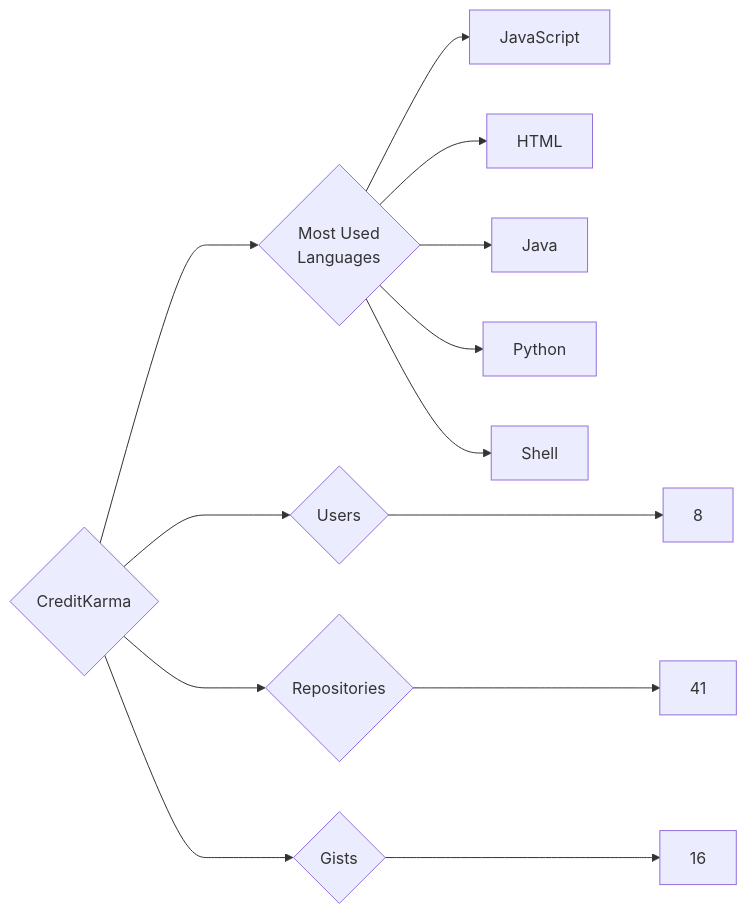
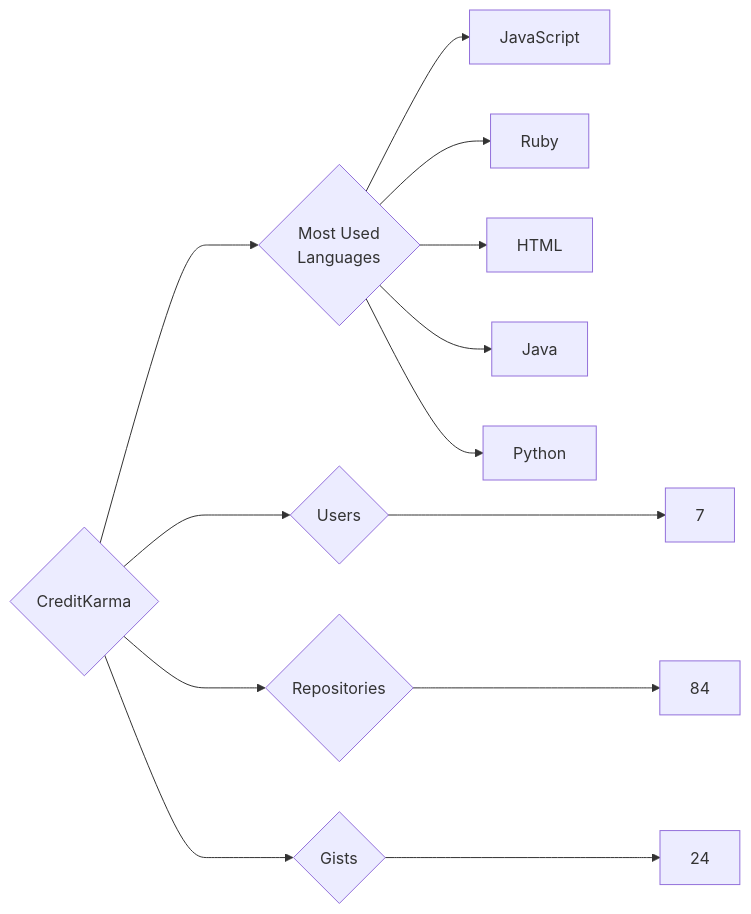
Before and after one commit to trickest/insiders: the diagram in targets/CreditKarma/README.md, drawn with Mermaid. The commit also changed 933 other files, not shown here.

````diff
--- a/targets/CreditKarma/README.md
+++ b/targets/CreditKarma/README.md
@@ -3,13 +3,13 @@
 ```mermaid
 graph LR
 COMPANY_NAME{CreditKarma}
-COMPANY_NAME ---> U{Users} ---> UN[8]
-COMPANY_NAME ---> R{Repositories} ---> RN[41]
-COMPANY_NAME ---> G{Gists} ---> GN[16]
+COMPANY_NAME ---> U{Users} ---> UN[7]
+COMPANY_NAME ---> R{Repositories} ---> RN[84]
+COMPANY_NAME ---> G{Gists} ---> GN[24]
 COMPANY_NAME ---> ML{Most Used<br>Languages}
 ML --> JavaScript[JavaScript]
+ML --> Ruby[Ruby]
 ML --> HTML[HTML]
 ML --> Java[Java]
 ML --> Python[Python]
-ML --> Shell[Shell]
 ```
````
